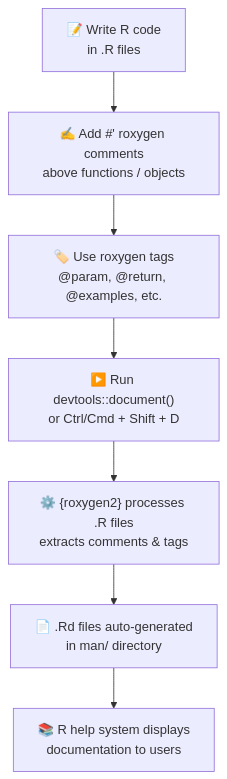
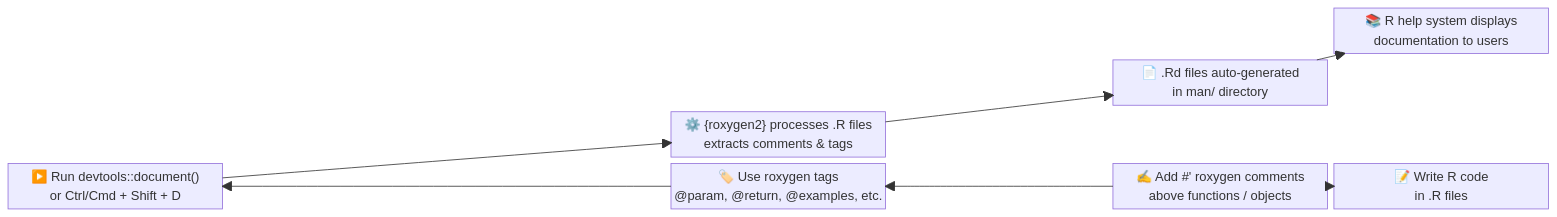
The diagram in phuse-admiral-roclets-pres.qmd (bms63/phuse-admiral-roclets), drawn with Mermaid before and after one commit.

Commit message:
Replace straight TD flowchart with ascending block-beta staircase diagram
Agent-Logs-Url: https://github.com/bms63/phuse-admiral-roclets/sessions/7d815a09-00cc-4030-8460-5cdd56254559

````diff
--- a/phuse-admiral-roclets-pres.qmd
+++ b/phuse-admiral-roclets-pres.qmd
@@ -146,12 +146,19 @@
 ```{mermaid}
 %%| fig-width: 9
-%%| fig-height: 4.5
-flowchart TD
-    A["📝 Write R code<br/>in .R files"]
-    A --> B["✍️ Add #' roxygen comments<br/>above functions / objects"]
-    B --> C["🏷️ Use roxygen tags<br/>@param, @return, @examples, etc."]
-    C --> D["▶️ Run devtools::document()<br/>or Ctrl/Cmd + Shift + D"]
-    D --> E["⚙️ {roxygen2} processes .R files<br/>extracts comments &amp; tags"]
-    E --> F["📄 .Rd files auto-generated<br/>in man/ directory"]
-    F --> G["📚 R help system displays<br/>documentation to users"]
+%%| fig-height: 5.5
+block-beta
+  columns 7
+  space:6 G["📚 R help system displays\ndocumentation to users"]:1
+  space:5 F["📄 .Rd files auto-generated\nin man/ directory"]:1
+  space:4 E["⚙️ {roxygen2} processes .R files\nextracts comments & tags"]:1
+  space:3 D["▶️ Run devtools::document()\nor Ctrl/Cmd + Shift + D"]:1
+  space:2 C["🏷️ Use roxygen tags\n@param, @return, @examples, etc."]:1
+  space:1 B["✍️ Add #' roxygen comments\nabove functions / objects"]:1
+  A["📝 Write R code\nin .R files"]:1
+  A --> B
+  B --> C
+  C --> D
+  D --> E
+  E --> F
+  F --> G
 ```
````
